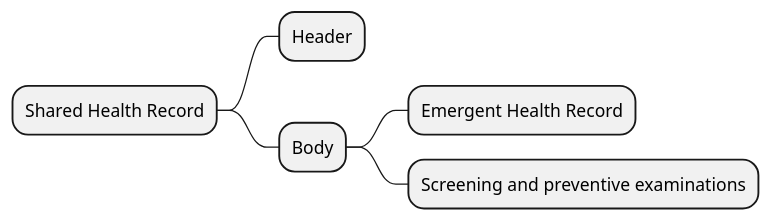
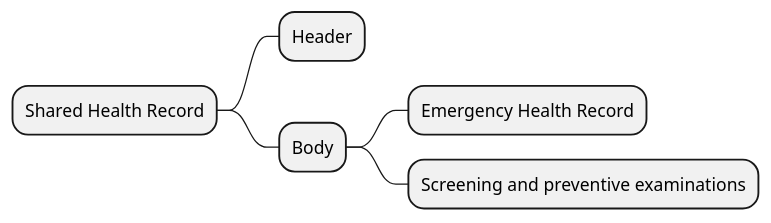
The diagram in input/images-source/szz-mindmap.plantuml (HL7-cz/szz), drawn with PlantUML before and after one commit. The commit also changed 18 other files, not shown here.

```diff
--- a/input/images-source/szz-mindmap.plantuml
+++ b/input/images-source/szz-mindmap.plantuml
@@ -1,7 +1,7 @@
 @startmindmap
 * Shared Health Record
 ** Header
 ** Body
-*** Emergent Health Record
+*** Emergency Health Record
 *** Screening and preventive examinations
 @endmindmap
```
